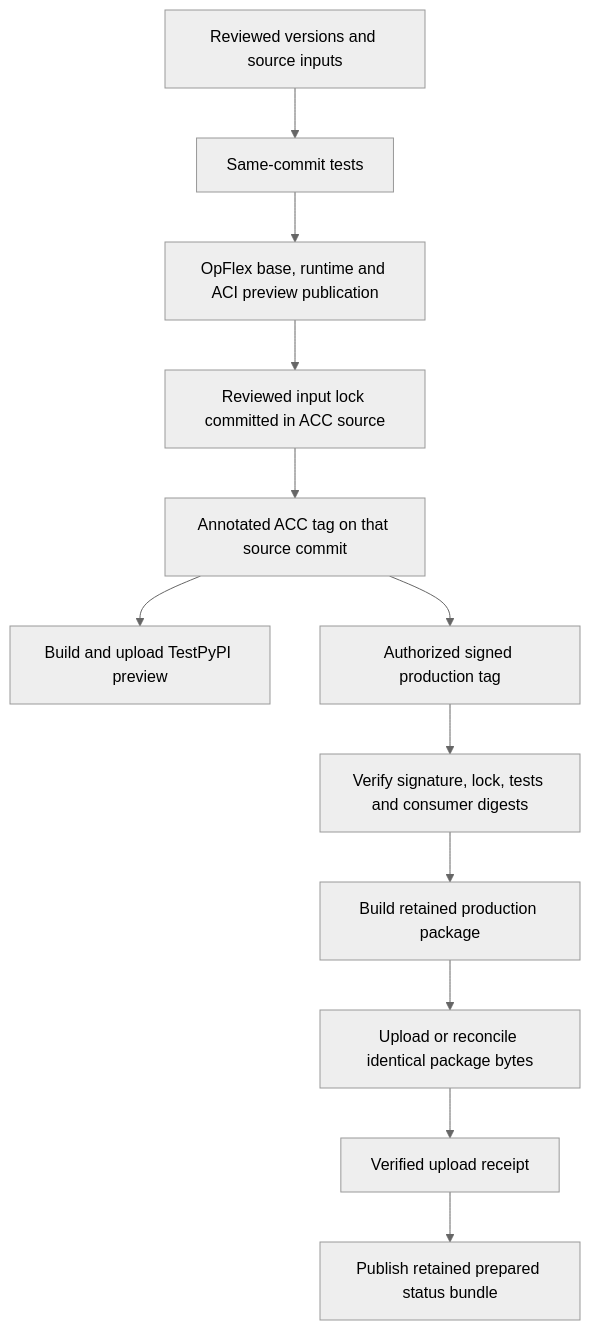
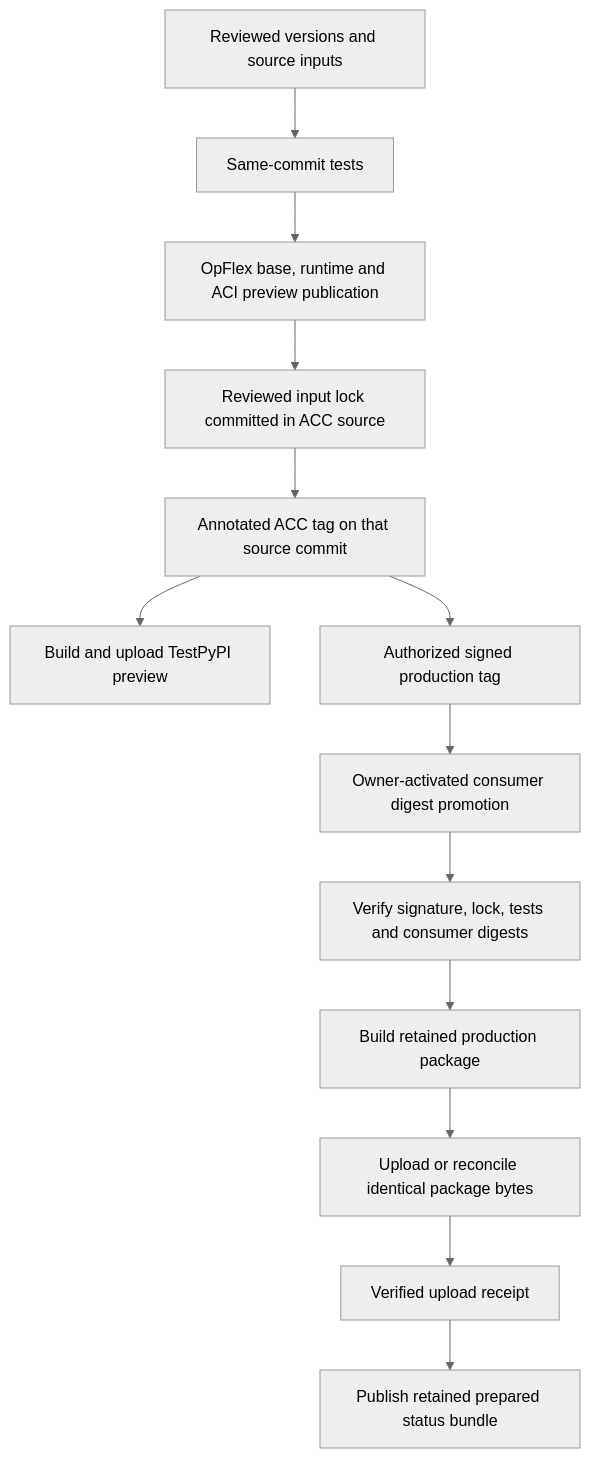
One commit to noironetworks/cicd changed the diagram in BUILD_PROCESS_DOCUMENTATION.md. Above: the diagram before and after it, drawn with Mermaid (neutral theme). The commit also changed other lines of this file, not shown here.

Commit message:
Document trusted repair scope and owner-activated consumer promotion

````diff
--- a/BUILD_PROCESS_DOCUMENTATION.md
+++ b/BUILD_PROCESS_DOCUMENTATION.md
@@ -109,14 +109,15 @@
 ```mermaid
 flowchart TD
   inputs[Reviewed versions and source inputs] --> tests[Same-commit tests]
   tests --> images[OpFlex base, runtime and ACI preview publication]
   images --> lock[Reviewed input lock committed in ACC source]
   lock --> tag[Annotated ACC tag on that source commit]
   tag --> preview[Build and upload TestPyPI preview]
   tag --> signed[Authorized signed production tag]
-  signed --> verify[Verify signature, lock, tests and consumer digests]
+  signed --> promote[Owner-activated consumer digest promotion]
+  promote --> verify[Verify signature, lock, tests and consumer digests]
   verify --> package[Build retained production package]
   package --> upload[Upload or reconcile identical package bytes]
   upload --> receipt[Verified upload receipt]
   receipt --> status[Publish retained prepared status bundle]
 ```
````
